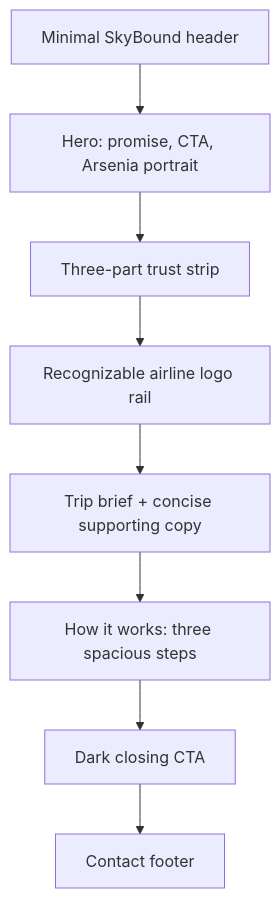
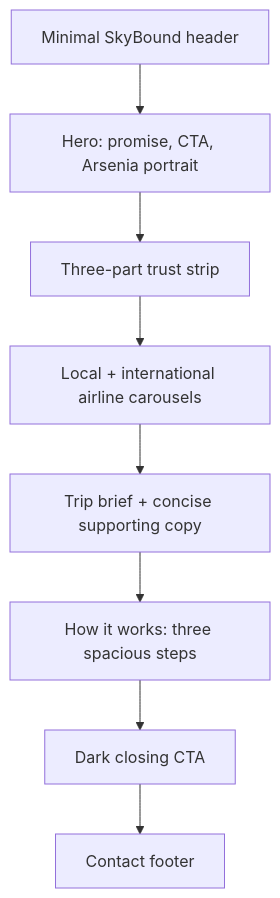
The diagram in docs/superpowers/specs/2026-07-31-editorial-concierge-redesign.md (Zellith/arsenia-balinario-website), drawn with Mermaid before and after one commit. The commit also changed other lines of this file and 29 other files, not shown here.

Commit message:
feat: add full airline carousels

````diff
--- a/docs/superpowers/specs/2026-07-31-editorial-concierge-redesign.md
+++ b/docs/superpowers/specs/2026-07-31-editorial-concierge-redesign.md
@@ -28,10 +28,10 @@
 ```mermaid
 flowchart TD
     A[Minimal SkyBound header] --> B[Hero: promise, CTA, Arsenia portrait]
     B --> C[Three-part trust strip]
-    C --> D[Recognizable airline logo rail]
+    C --> D[Local + international airline carousels]
     D --> E[Trip brief + concise supporting copy]
     E --> F[How it works: three spacious steps]
     F --> G[Dark closing CTA]
     G --> H[Contact footer]
 ```
````
